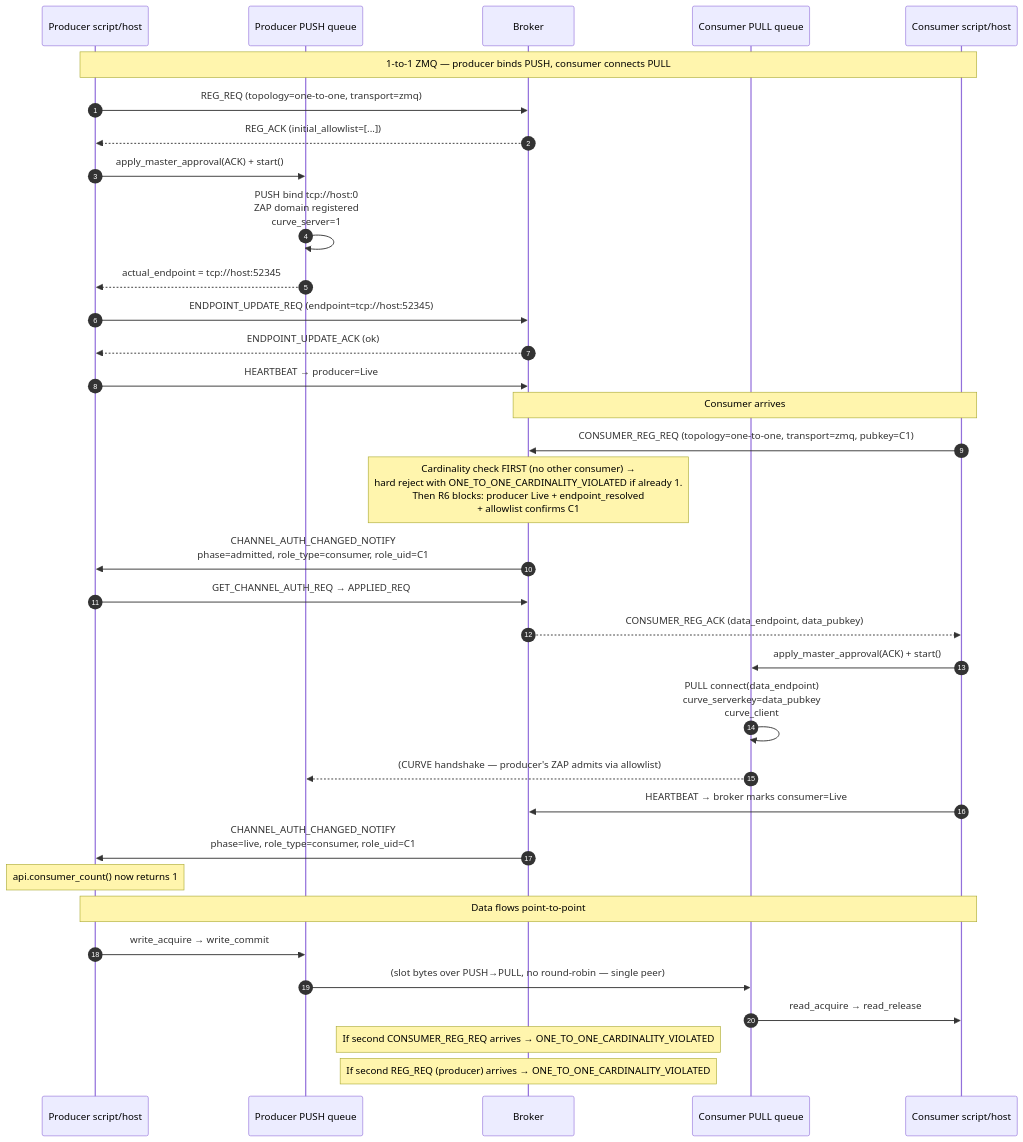
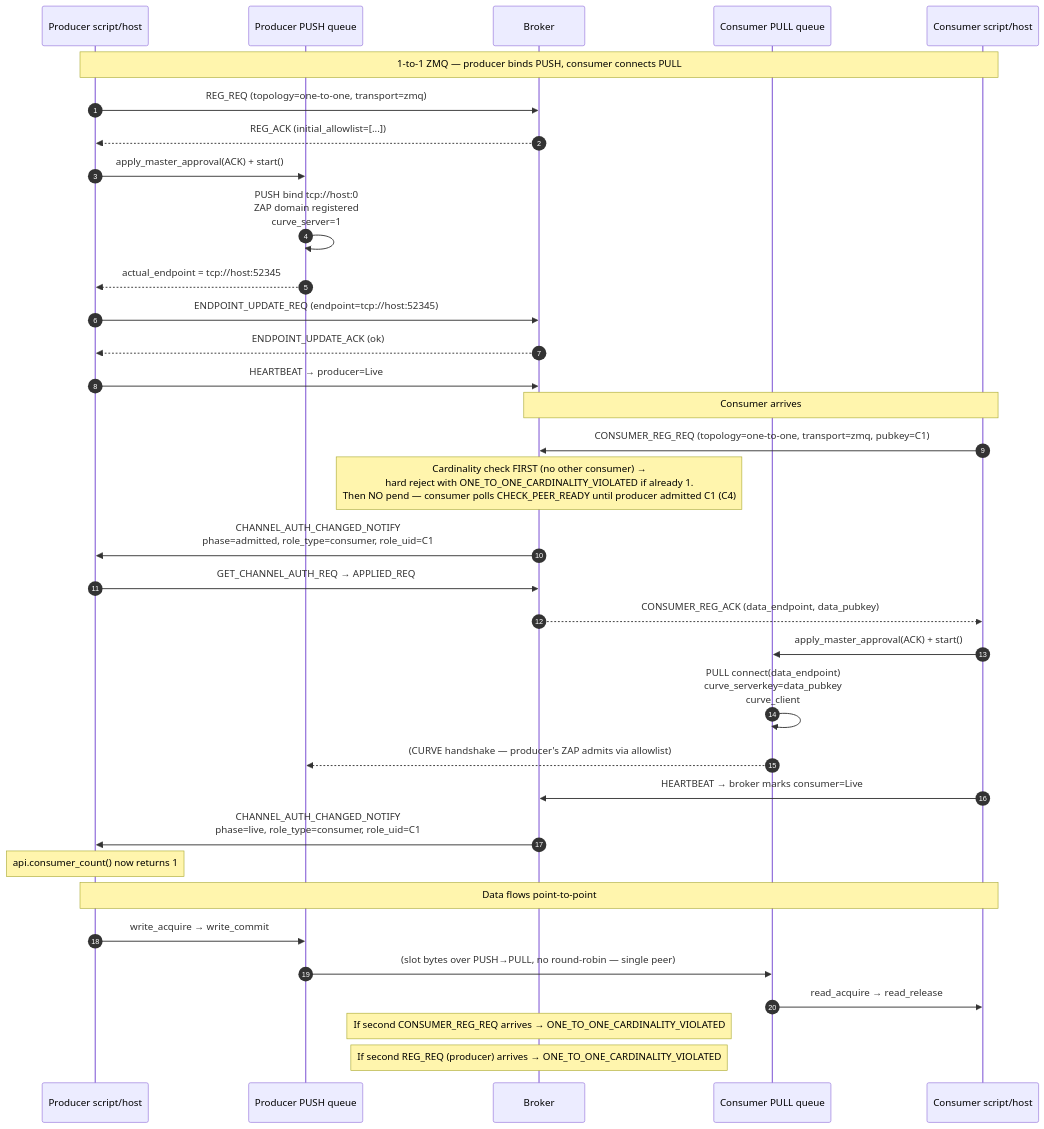
One commit to Qing-LAB/pylabhub changed the sixth of 7 diagrams in docs/HEP/HEP-CORE-0017-Pipeline-Architecture.md. Above: the diagram before and after it, drawn with Mermaid. The commit also changed other lines of this file and 2 other files, not shown here.

````diff
--- a/docs/HEP/HEP-CORE-0017-Pipeline-Architecture.md
+++ b/docs/HEP/HEP-CORE-0017-Pipeline-Architecture.md
@@ -1551,39 +1670,39 @@
 ```mermaid
 sequenceDiagram
     autonumber
     participant PS as Producer script/host
     participant PQ as Producer PUSH queue
     participant B  as Broker
     participant CQ as Consumer PULL queue
     participant CS as Consumer script/host
 
     Note over PS,CS: 1-to-1 ZMQ — producer binds PUSH, consumer connects PULL
     PS->>B: REG_REQ (topology=one-to-one, transport=zmq)
     B-->>PS: REG_ACK (initial_allowlist=[...])
     PS->>PQ: apply_master_approval(ACK) + start()
     PQ->>PQ: PUSH bind tcp://host:0<br/>ZAP domain registered<br/>curve_server=1
     PQ-->>PS: actual_endpoint = tcp://host:52345
     PS->>B: ENDPOINT_UPDATE_REQ (endpoint=tcp://host:52345)
     B-->>PS: ENDPOINT_UPDATE_ACK (ok)
     PS->>B: HEARTBEAT → producer=Live
 
     Note over CS,B: Consumer arrives
     CS->>B: CONSUMER_REG_REQ (topology=one-to-one, transport=zmq, pubkey=C1)
-    Note over B: Cardinality check FIRST (no other consumer) →<br/>hard reject with ONE_TO_ONE_CARDINALITY_VIOLATED if already 1.<br/>Then R6 blocks: producer Live + endpoint_resolved<br/>+ allowlist confirms C1
+    Note over B: Cardinality check FIRST (no other consumer) →<br/>hard reject with ONE_TO_ONE_CARDINALITY_VIOLATED if already 1.<br/>Then NO pend — consumer polls CHECK_PEER_READY until producer admitted C1 (C4)
     B->>PS: CHANNEL_AUTH_CHANGED_NOTIFY<br/>phase=admitted, role_type=consumer, role_uid=C1
     PS->>B: GET_CHANNEL_AUTH_REQ → APPLIED_REQ
     B-->>CS: CONSUMER_REG_ACK (data_endpoint, data_pubkey)
     CS->>CQ: apply_master_approval(ACK) + start()
     CQ->>CQ: PULL connect(data_endpoint)<br/>curve_serverkey=data_pubkey<br/>curve_client
     CQ-->>PQ: (CURVE handshake — producer's ZAP admits via allowlist)
     CS->>B: HEARTBEAT → broker marks consumer=Live
     B->>PS: CHANNEL_AUTH_CHANGED_NOTIFY<br/>phase=live, role_type=consumer, role_uid=C1
     Note over PS: api.consumer_count() now returns 1
     Note over PS,CS: Data flows point-to-point
     PS->>PQ: write_acquire → write_commit
     PQ->>CQ: (slot bytes over PUSH→PULL, no round-robin — single peer)
     CQ->>CS: read_acquire → read_release
 
     Note over B,B: If second CONSUMER_REG_REQ arrives → ONE_TO_ONE_CARDINALITY_VIOLATED
     Note over B,B: If second REG_REQ (producer) arrives → ONE_TO_ONE_CARDINALITY_VIOLATED
 ```
````
